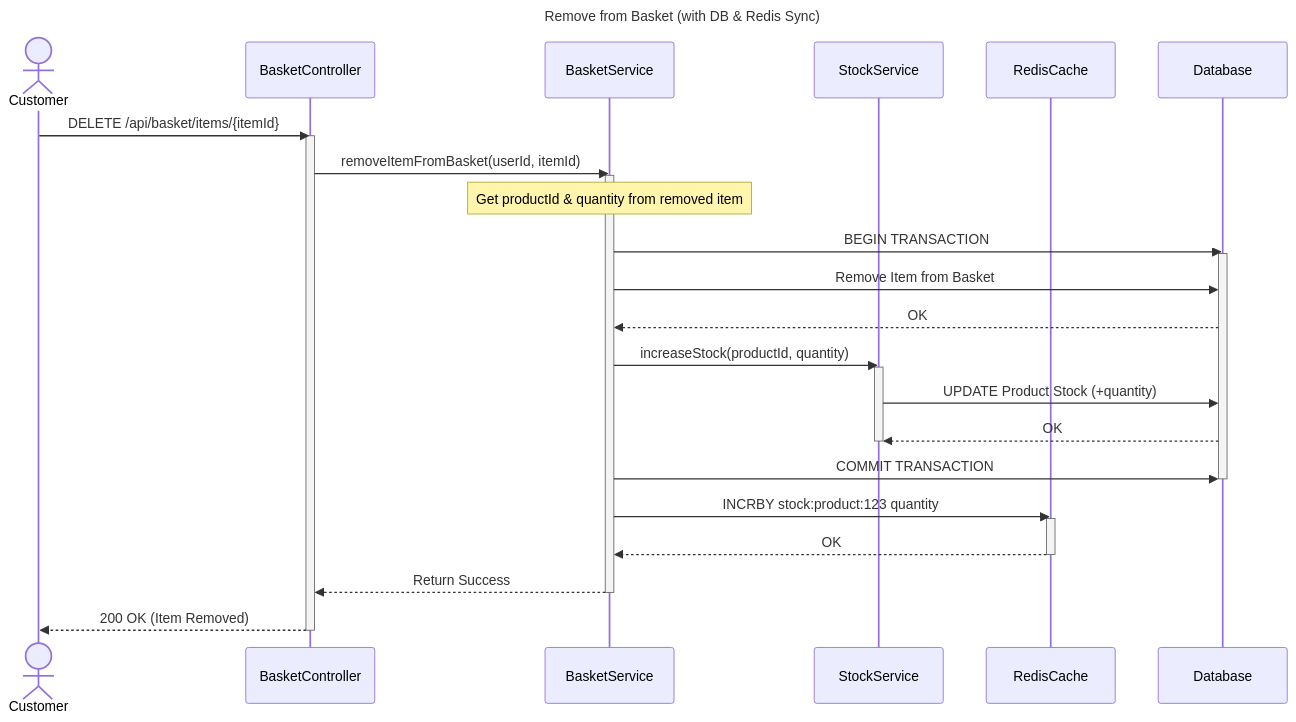
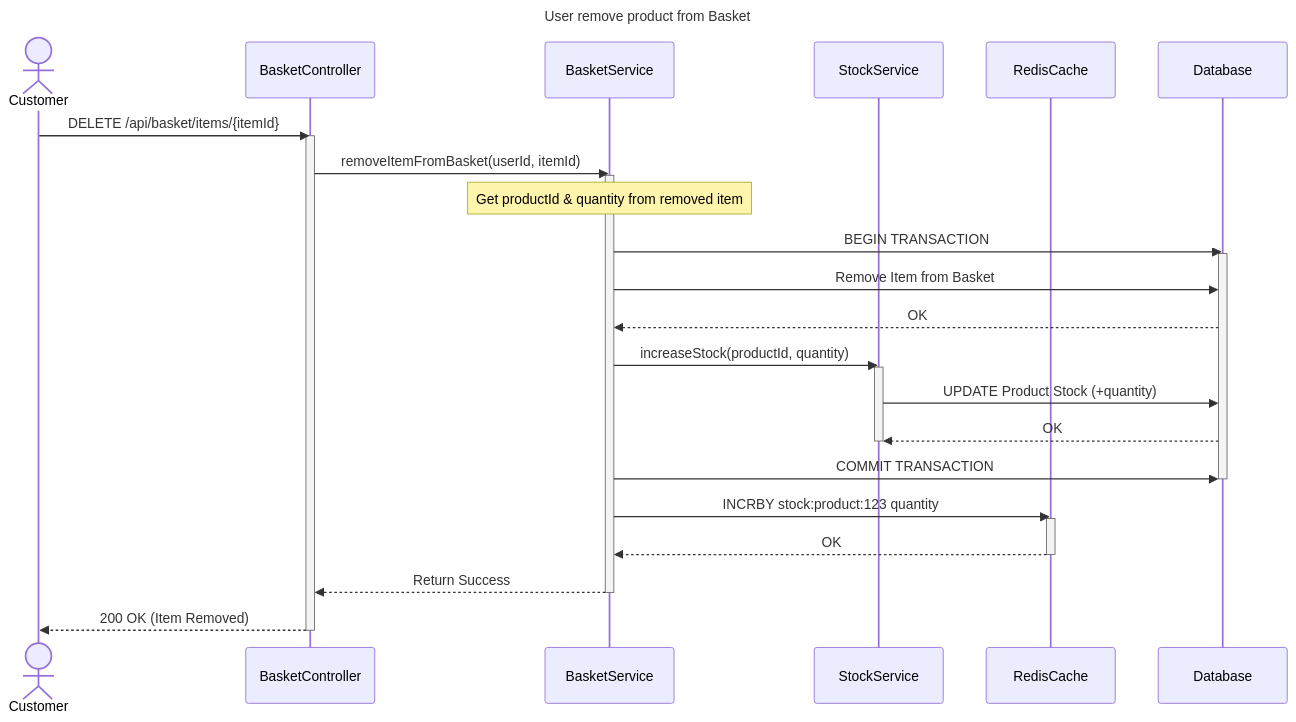
The diagram in diagram/sequence/user_remove_basekt.mmd (ngaikkeung/electronic-store-checkout-backend), drawn with Mermaid before and after one commit. The commit also changed 3 other files, not shown here.

Commit message:
Update diagram

```diff
--- a/diagram/sequence/user_remove_basekt.mmd
+++ b/diagram/sequence/user_remove_basekt.mmd
@@ -1,46 +1,46 @@
 sequenceDiagram
-    title Remove from Basket (with DB & Redis Sync)
+    title User remove product from Basket
 
     actor Customer
     participant BasketController
     participant BasketService
     participant StockService
     participant RedisCache
     participant Database
 
     Customer->>BasketController: DELETE /api/basket/items/{itemId}
     activate BasketController
 
     BasketController->>BasketService: removeItemFromBasket(userId, itemId)
     activate BasketService
 
     note over BasketService: Get productId & quantity from removed item
 
     %% The database operations are wrapped in a transaction
     BasketService->>Database: BEGIN TRANSACTION
     activate Database
 
     BasketService->>Database: Remove Item from Basket
     Database-->>BasketService: OK
 
     %% Delegate the stock update to a dedicated service
     BasketService->>StockService: increaseStock(productId, quantity)
     activate StockService
     StockService->>Database: UPDATE Product Stock (+quantity)
     Database-->>StockService: OK
     deactivate StockService
     
     BasketService->>Database: COMMIT TRANSACTION
     deactivate Database
 
     %% After the DB is successfully updated, sync the change to Redis
     BasketService->>RedisCache: INCRBY stock:product:123 quantity
     activate RedisCache
     RedisCache-->>BasketService: OK
     deactivate RedisCache
 
     BasketService-->>BasketController: Return Success
     deactivate BasketService
 
     BasketController-->>Customer: 200 OK (Item Removed)
     deactivate BasketController
```
